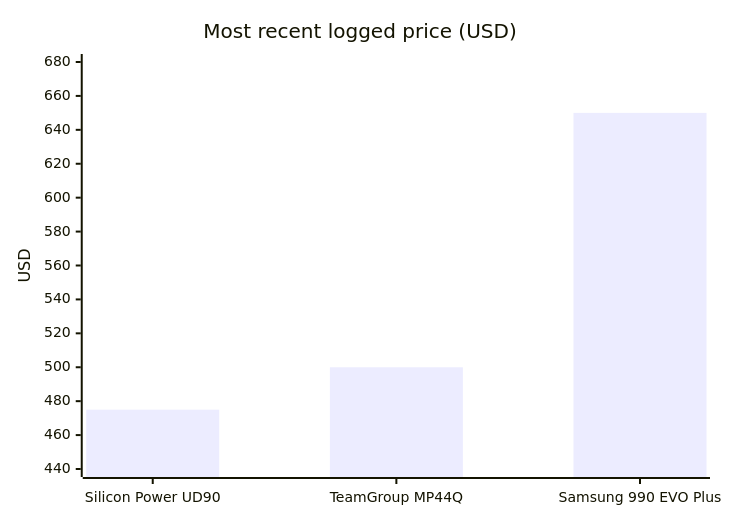
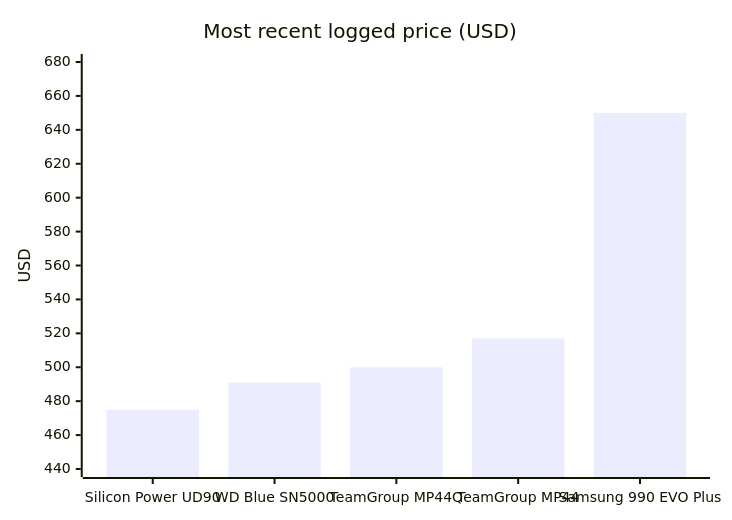
The second of 4 diagrams in README.md (7324136828/4tb_ssd_price_watch), drawn with Mermaid before and after one commit. The commit also changed other lines of this file, not shown here.

````diff
--- a/README.md
+++ b/README.md
@@ -61,7 +61,7 @@
 ```mermaid
 xychart-beta
     title "Most recent logged price (USD)"
-    x-axis ["Silicon Power UD90", "TeamGroup MP44Q", "Samsung 990 EVO Plus"]
+    x-axis ["Silicon Power UD90", "WD Blue SN5000", "TeamGroup MP44Q", "TeamGroup MP44", "Samsung 990 EVO Plus"]
     y-axis "USD" 440 --> 680
-    bar [474.97, 499.99, 649.99]
+    bar [474.97, 491.00, 499.99, 516.99, 649.99]
 ```
````
